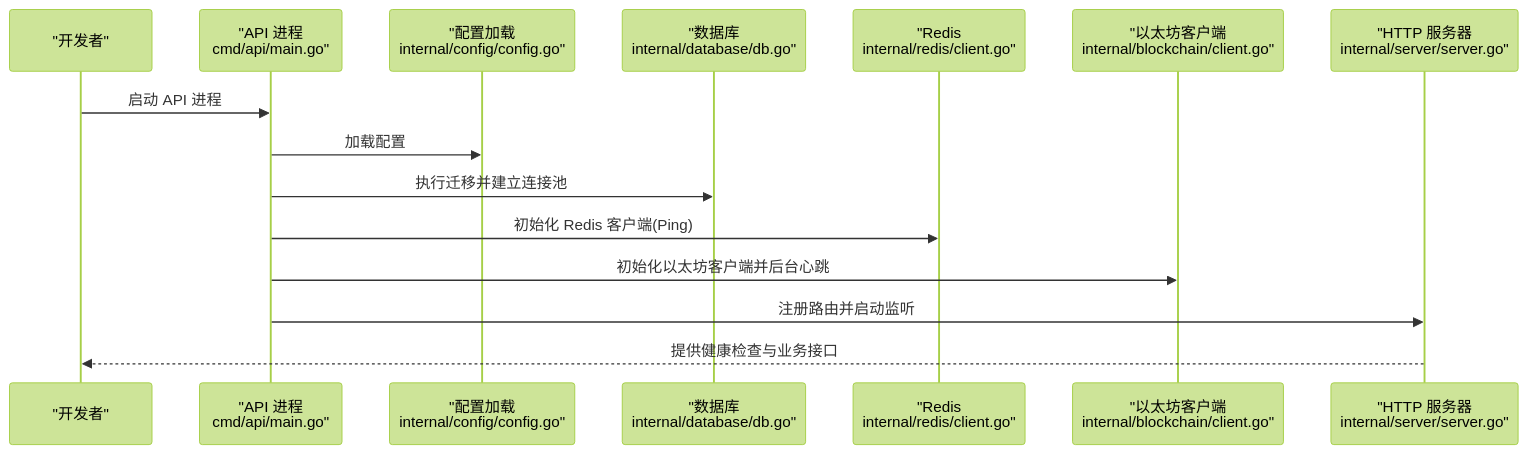
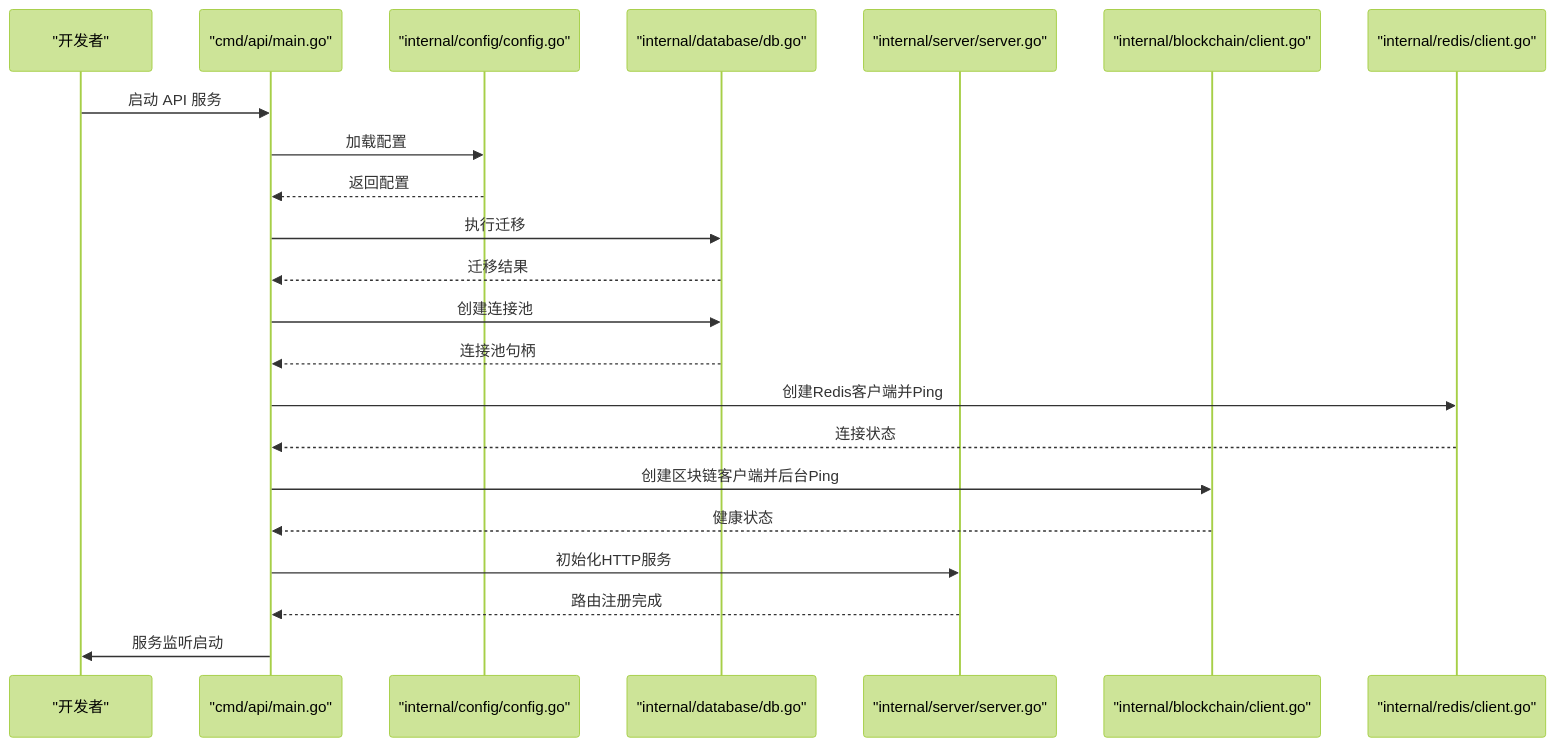
The second of 3 diagrams in backend/.qoder/repowiki/zh/content/快速开始.md (SimonHofman/PredictionDIDSimple), drawn with Mermaid (forest theme) before and after one commit. The commit also changed other lines of this file and 162 other files, not shown here.

````diff
--- a/backend/.qoder/repowiki/zh/content/快速开始.md
+++ b/backend/.qoder/repowiki/zh/content/快速开始.md
@@ -117,17 +120,24 @@
 ```mermaid
 sequenceDiagram
 participant Dev as "开发者"
-participant API as "API 进程<br/>cmd/api/main.go"
-participant CFG as "配置加载<br/>internal/config/config.go"
-participant DB as "数据库<br/>internal/database/db.go"
-participant RDS as "Redis<br/>internal/redis/client.go"
-participant BCC as "以太坊客户端<br/>internal/blockchain/client.go"
-participant SRV as "HTTP 服务器<br/>internal/server/server.go"
-Dev->>API : 启动 API 进程
-API->>CFG : 加载配置
-API->>DB : 执行迁移并建立连接池
-API->>RDS : 初始化 Redis 客户端(Ping)
-API->>BCC : 初始化以太坊客户端并后台心跳
-API->>SRV : 注册路由并启动监听
-SRV-->>Dev : 提供健康检查与业务接口
+participant API as "cmd/api/main.go"
+participant Cfg as "internal/config/config.go"
+participant DB as "internal/database/db.go"
+participant Srv as "internal/server/server.go"
+participant BC as "internal/blockchain/client.go"
+participant RDS as "internal/redis/client.go"
+Dev->>API : 启动 API 服务
+API->>Cfg : 加载配置
+Cfg-->>API : 返回配置
+API->>DB : 执行迁移
+DB-->>API : 迁移结果
+API->>DB : 创建连接池
+DB-->>API : 连接池句柄
+API->>RDS : 创建Redis客户端并Ping
+RDS-->>API : 连接状态
+API->>BC : 创建区块链客户端并后台Ping
+BC-->>API : 健康状态
+API->>Srv : 初始化HTTP服务
+Srv-->>API : 路由注册完成
+API->>Dev : 服务监听启动
 ```
````
